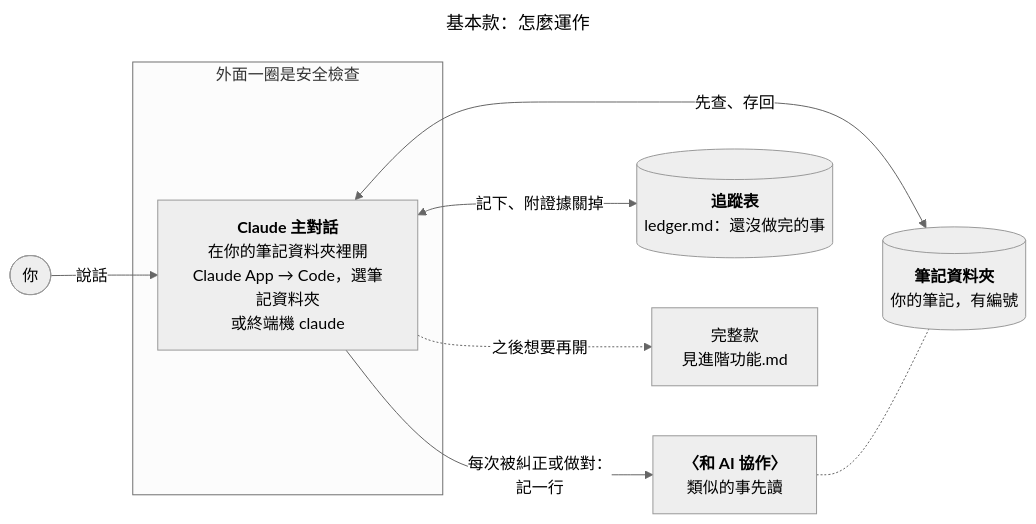
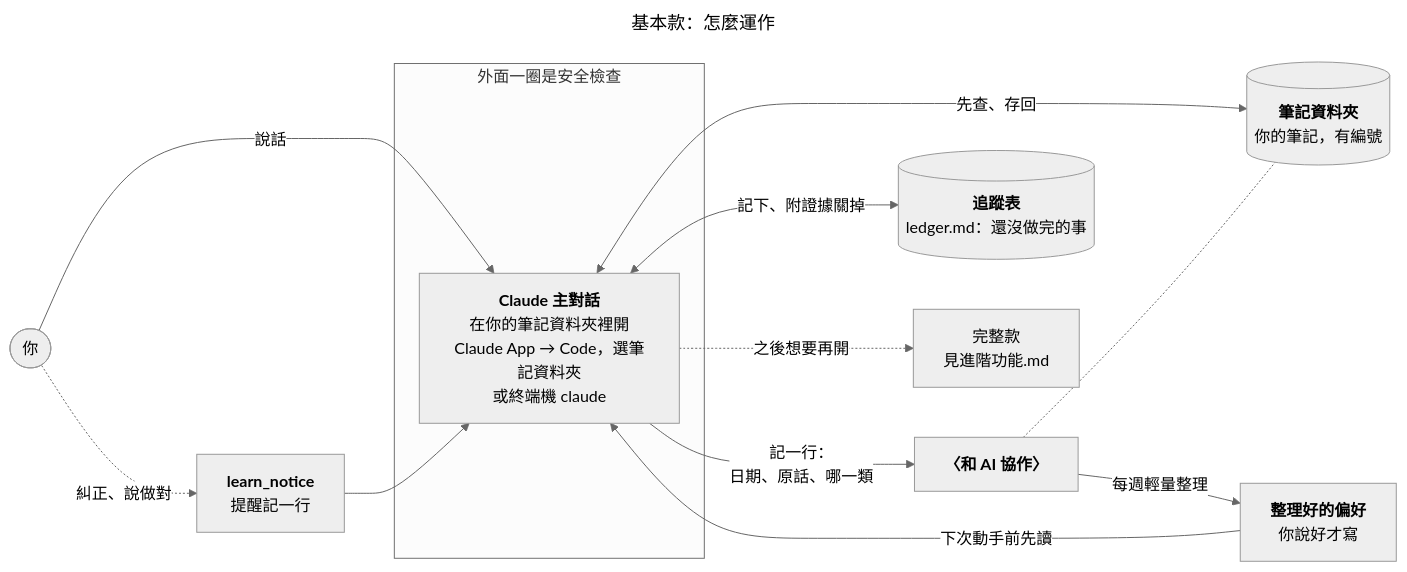
Before and after one commit to 0Smallcat0/second-brain-kit: the diagram in README.zh-TW.md, drawn with Mermaid (neutral theme). The commit also changed other lines of this file and 36 other files, not shown here.

````diff
--- a/README.zh-TW.md
+++ b/README.zh-TW.md
@@ -78,15 +78,19 @@
 ```mermaid
 ---
 title: "基本款：怎麼運作"
 ---
 flowchart LR
   You(["你"]) -->|說話| Main
   subgraph Checks["外面一圈是安全檢查"]
     Main["<b>Claude 主對話</b><br/>在你的筆記資料夾裡開<br/>Claude App → Code，選筆記資料夾<br/>或終端機 claude"]
   end
   Main <-->|先查、存回| Notes[("<b>筆記資料夾</b><br/>你的筆記，有編號")]
-  Main -->|"每次被糾正或做對：<br/>記一行"| Learn["<b>〈和 AI 協作〉</b><br/>類似的事先讀"]
+  You -.->|糾正、說做對| Hook["<b>learn_notice</b><br/>提醒記一行"]
+  Hook --> Main
+  Main -->|"記一行：<br/>日期、原話、哪一類"| Learn["<b>〈和 AI 協作〉</b>"]
+  Learn -->|每週輕量整理| Prefs["<b>整理好的偏好</b><br/>你說好才寫"]
+  Prefs -->|下次動手前先讀| Main
   Learn -.- Notes
   Main <-->|記下、附證據關掉| Work[("<b>追蹤表</b><br/>ledger.md：還沒做完的事")]
   Main -.->|之後想要再開| Adv["完整款<br/>見進階功能.md"]
 ```
````
